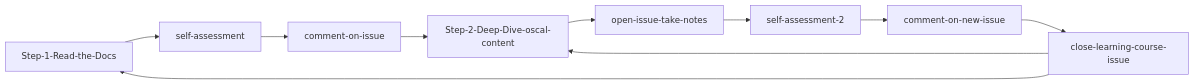
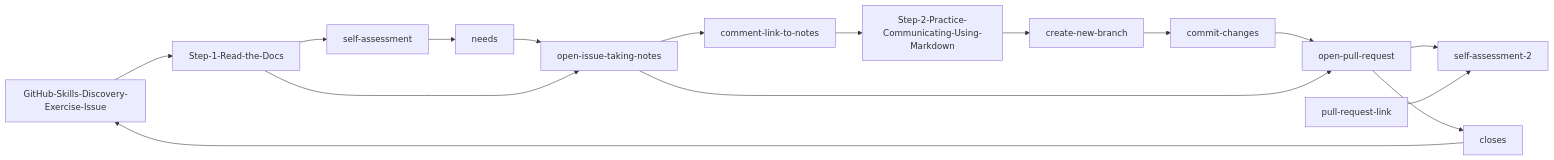
The diagram in docs/issue-help.md (hbraswelrh/creme-brulee), drawn with Mermaid before and after one commit.

````diff
--- a/docs/issue-help.md
+++ b/docs/issue-help.md
@@ -28,9 +28,12 @@
 ```mermaid
 flowchart LR
-Step-1-Read-the-Docs --> self-assessment  --> comment-on-issue 
-comment-on-issue --> Step-2-Deep-Dive-oscal-content --> open-issue-take-notes
-open-issue-take-notes --> self-assessment-2 --> comment-on-new-issue --> close-learning-course-issue
-close-learning-course-issue --> Step-1-Read-the-Docs
-close-learning-course-issue --> Step-2-Deep-Dive-oscal-content
+GitHub-Skills-Discovery-Exercise-Issue --> Step-1-Read-the-Docs
+Step-1-Read-the-Docs --> self-assessment --> needs --> open-issue-taking-notes 
+Step-1-Read-the-Docs --> open-issue-taking-notes --> comment-link-to-notes
+comment-link-to-notes --> Step-2-Practice-Communicating-Using-Markdown --> create-new-branch --> commit-changes
+commit-changes --> open-pull-request --> self-assessment-2
+open-pull-request --> closes --> GitHub-Skills-Discovery-Exercise-Issue
+pull-request-link --> self-assessment-2
+open-issue-taking-notes --> open-pull-request
 
 ```
````
